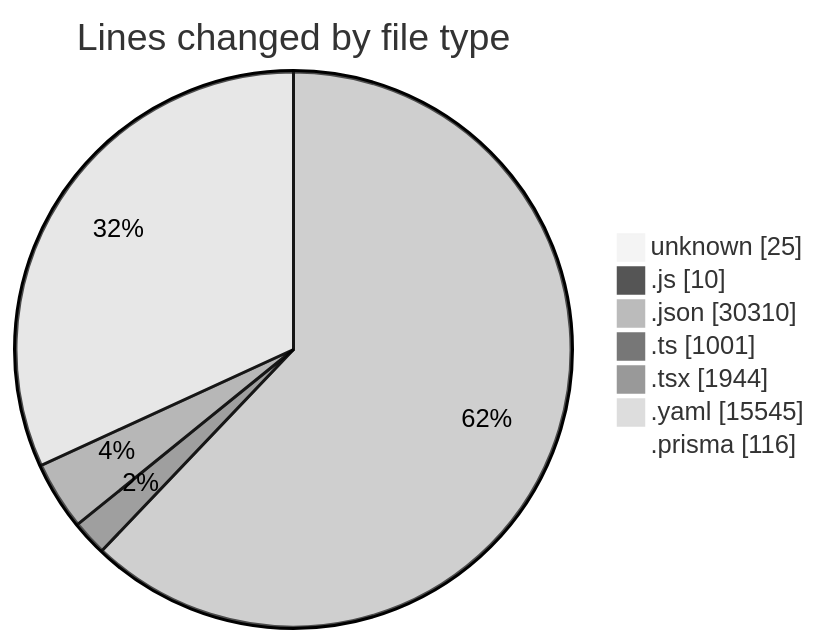
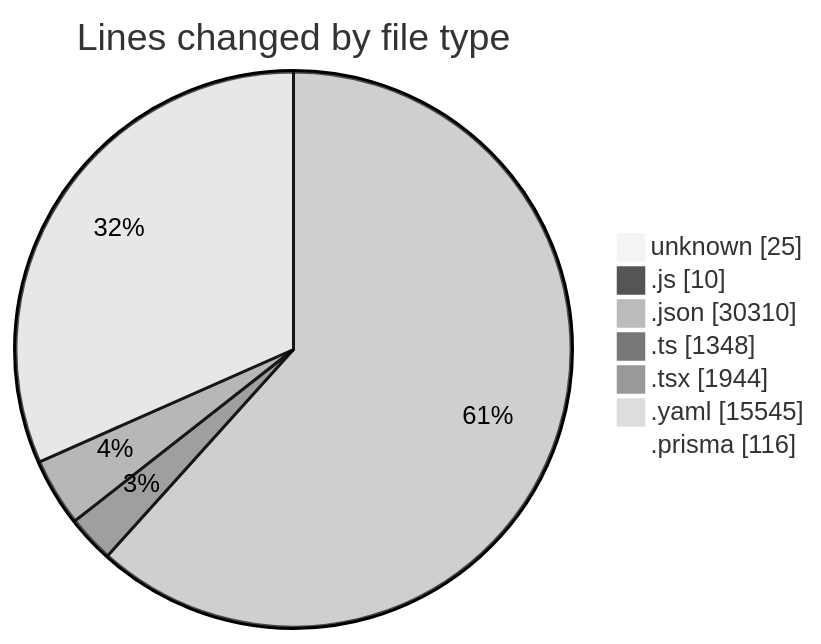
The first of 2 diagrams in 2025-05-02/ecodeli/README.md (CELIANVF/code-tracking), drawn with Mermaid (neutral theme) before and after one commit. The commit also changed other lines of this file and 1 other file, not shown here.

````diff
--- a/2025-05-02/ecodeli/README.md
+++ b/2025-05-02/ecodeli/README.md
@@ -54,11 +55,11 @@
 ```mermaid
 pie showData
 title Lines changed by file type
 "unknown" : 25
 ".js" : 10
 ".json" : 30310
-".ts" : 1001
+".ts" : 1348
 ".tsx" : 1944
 ".yaml" : 15545
 ".prisma" : 116
 ```
````
